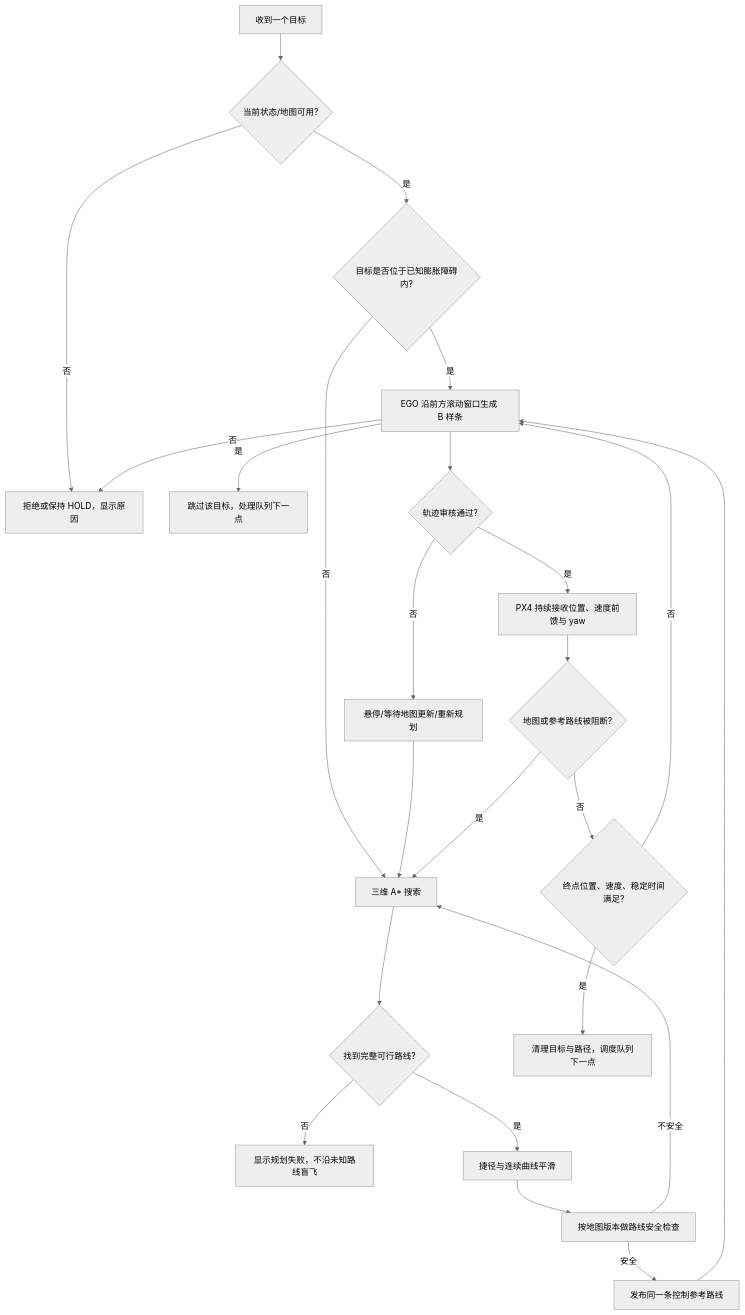
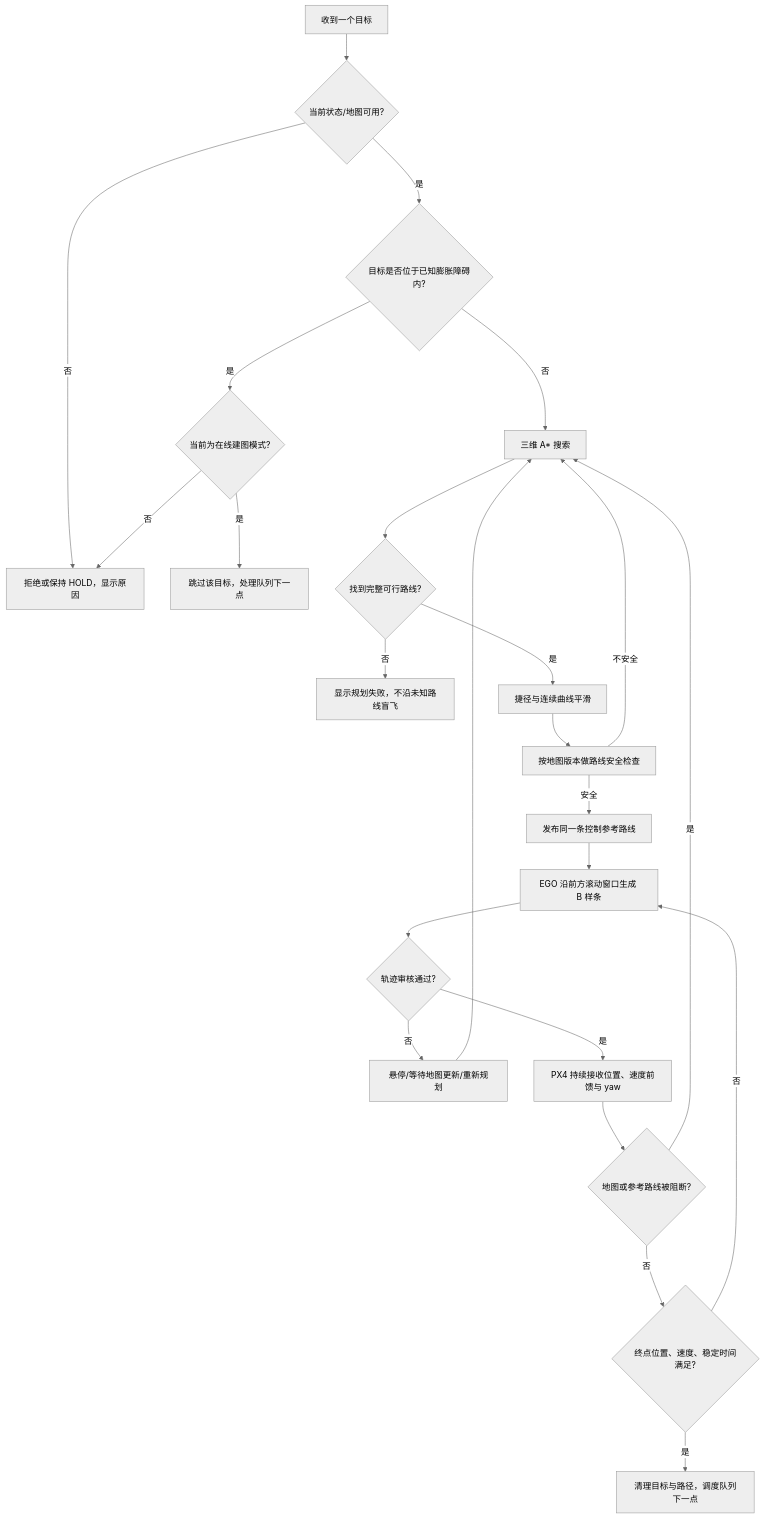
Before and after one commit to cl4mat/drone-inspection-quadcopter: the second of 2 diagrams in docs/PLANNING_RUNTIME.md, drawn with Mermaid (neutral theme). The commit also changed 2 other files, not shown here.

Commit message:
补充新仓库获取方式并修正架构流程图

````diff
--- a/docs/PLANNING_RUNTIME.md
+++ b/docs/PLANNING_RUNTIME.md
@@ -34,26 +34,26 @@
 ```mermaid
 flowchart TD
     A[收到一个目标] --> B{当前状态/地图可用?}
     B -->|否| X[拒绝或保持 HOLD，显示原因]
     B -->|是| C{目标是否位于已知膨胀障碍内?}
-    C -->|是| I{当前为在线建图模式?}
-    I -->|是| Y[跳过该目标，处理队列下一点]
-    I -->|否| X
+    C -->|是| MODE{当前为在线建图模式?}
+    MODE -->|是| Y[跳过该目标，处理队列下一点]
+    MODE -->|否| X
     C -->|否| D[三维 A* 搜索]
     D --> E{找到完整可行路线?}
     E -->|否| Z[显示规划失败，不沿未知路线盲飞]
     E -->|是| F[捷径与连续曲线平滑]
     F --> G[按地图版本做路线安全检查]
     G -->|不安全| D
     G -->|安全| H[发布同一条控制参考路线]
     H --> I[EGO 沿前方滚动窗口生成 B 样条]
     I --> J{轨迹审核通过?}
     J -->|否| K[悬停/等待地图更新/重新规划]
     K --> D
     J -->|是| L[PX4 持续接收位置、速度前馈与 yaw]
     L --> M{地图或参考路线被阻断?}
     M -->|是| D
     M -->|否| N{终点位置、速度、稳定时间满足?}
     N -->|否| I
     N -->|是| O[清理目标与路径，调度队列下一点]
 ```
````
